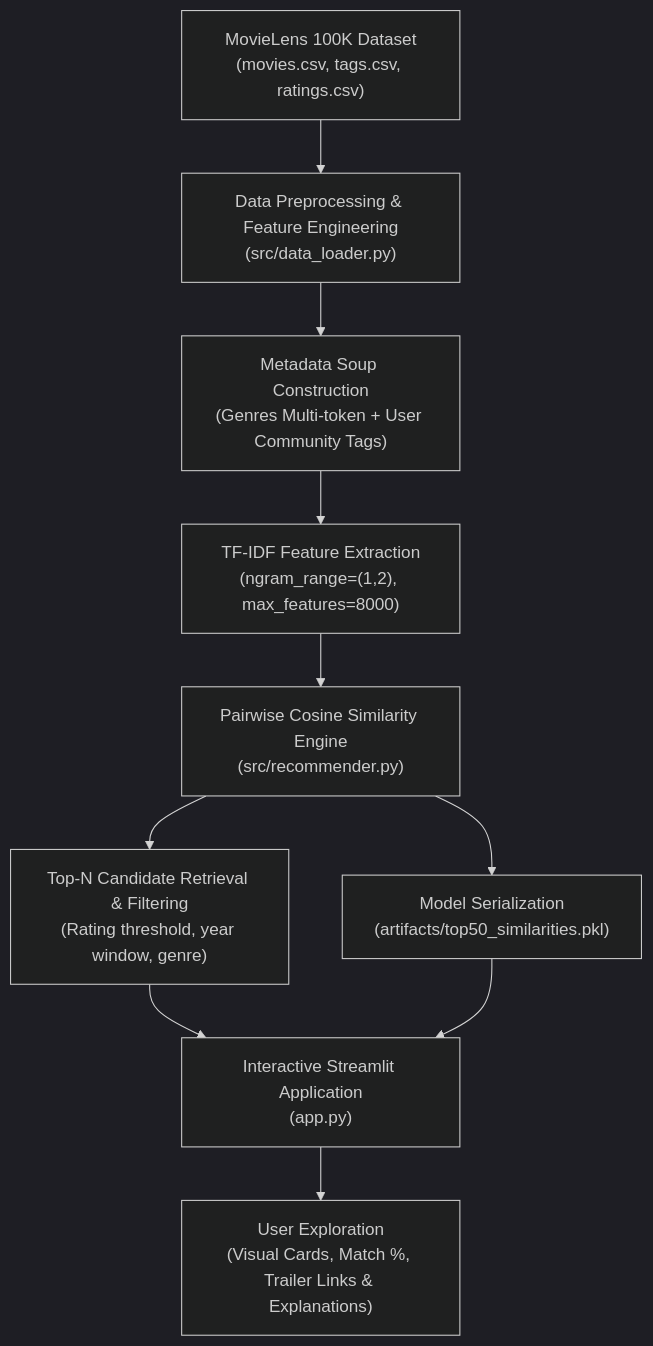
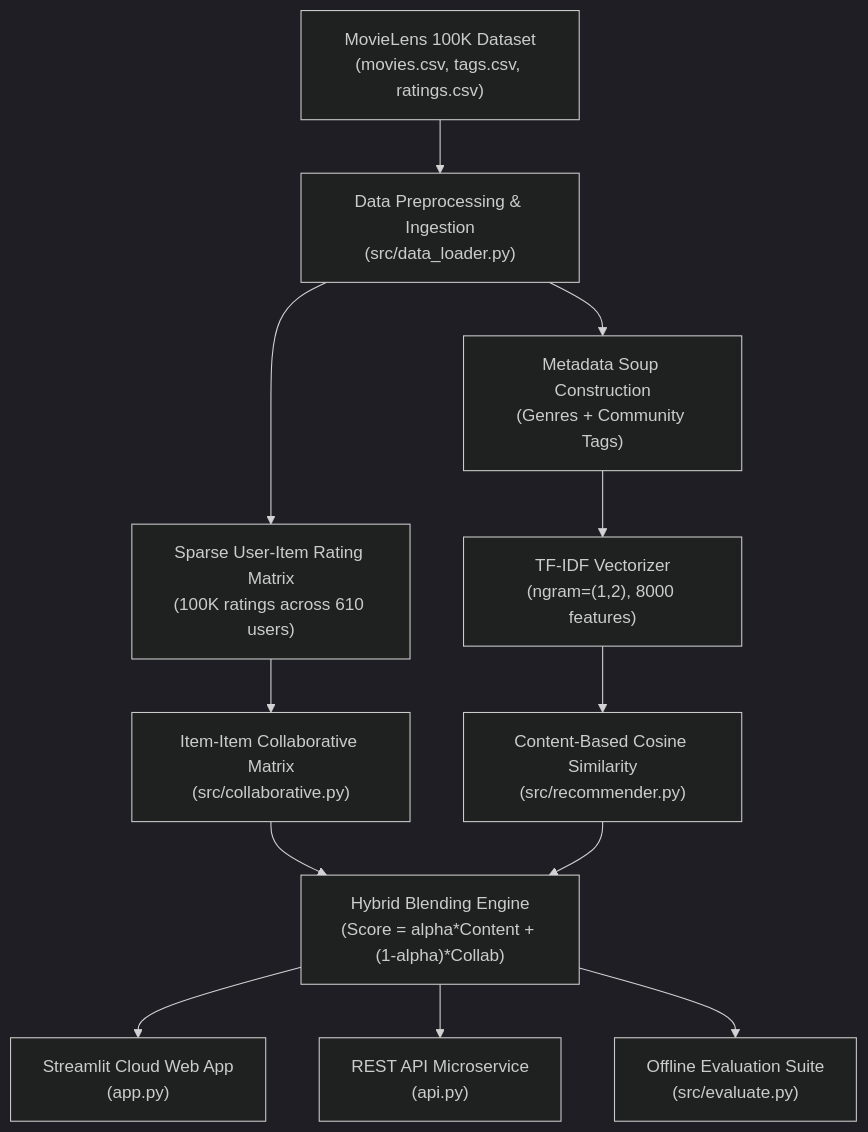
The diagram in README.md (dhruvsingh29-Driod/movie-recommendation-system), drawn with Mermaid (dark theme) before and after one commit. The commit also changed other lines of this file and 2 other files, not shown here.

Commit message:
docs: update README with architecture, evaluation benchmarks, API reference, and changelog

````diff
--- a/README.md
+++ b/README.md
@@ -27,12 +33,14 @@
 ```mermaid
 graph TD
-    A["MovieLens 100K Dataset<br/>(movies.csv, tags.csv, ratings.csv)"] --> B["Data Preprocessing & Feature Engineering<br/>(src/data_loader.py)"]
-    B --> C["Metadata Soup Construction<br/>(Genres Multi-token + User Community Tags)"]
-    C --> D["TF-IDF Feature Extraction<br/>(ngram_range=(1,2), max_features=8000)"]
-    D --> E["Pairwise Cosine Similarity Engine<br/>(src/recommender.py)"]
-    E --> F["Top-N Candidate Retrieval & Filtering<br/>(Rating threshold, year window, genre)"]
-    E --> G["Model Serialization<br/>(artifacts/top50_similarities.pkl)"]
-    F --> H["Interactive Streamlit Application<br/>(app.py)"]
+    A["MovieLens 100K Dataset<br/>(movies.csv, tags.csv, ratings.csv)"] --> B["Data Preprocessing & Ingestion<br/>(src/data_loader.py)"]
+    B --> C["Metadata Soup Construction<br/>(Genres + Community Tags)"]
+    B --> D["Sparse User-Item Rating Matrix<br/>(100K ratings across 610 users)"]
+    C --> E["TF-IDF Vectorizer<br/>(ngram=(1,2), 8000 features)"]
+    D --> F["Item-Item Collaborative Matrix<br/>(src/collaborative.py)"]
+    E --> G["Content-Based Cosine Similarity<br/>(src/recommender.py)"]
+    F --> H["Hybrid Blending Engine<br/>(Score = alpha*Content + (1-alpha)*Collab)"]
     G --> H
-    H --> I["User Exploration<br/>(Visual Cards, Match %, Trailer Links & Explanations)"]
+    H --> I["Streamlit Cloud Web App<br/>(app.py)"]
+    H --> J["REST API Microservice<br/>(api.py)"]
+    H --> K["Offline Evaluation Suite<br/>(src/evaluate.py)"]
 ```
````
